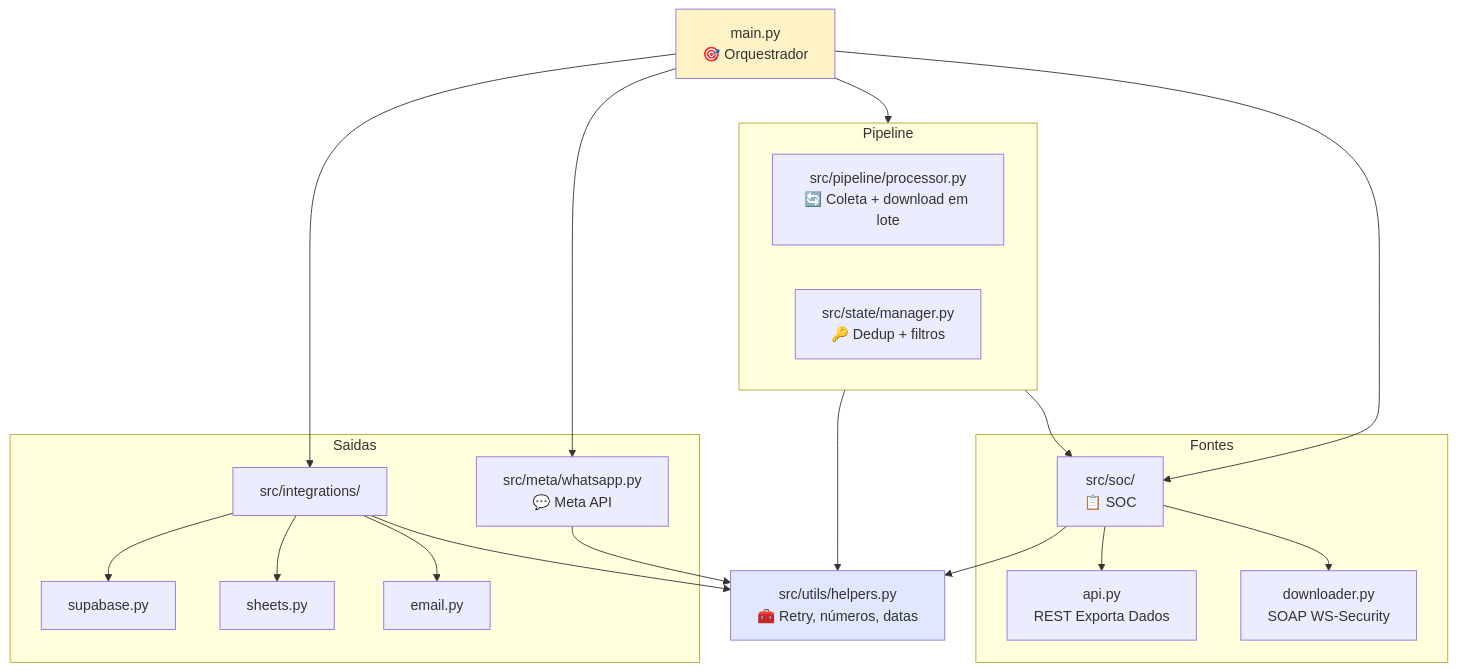
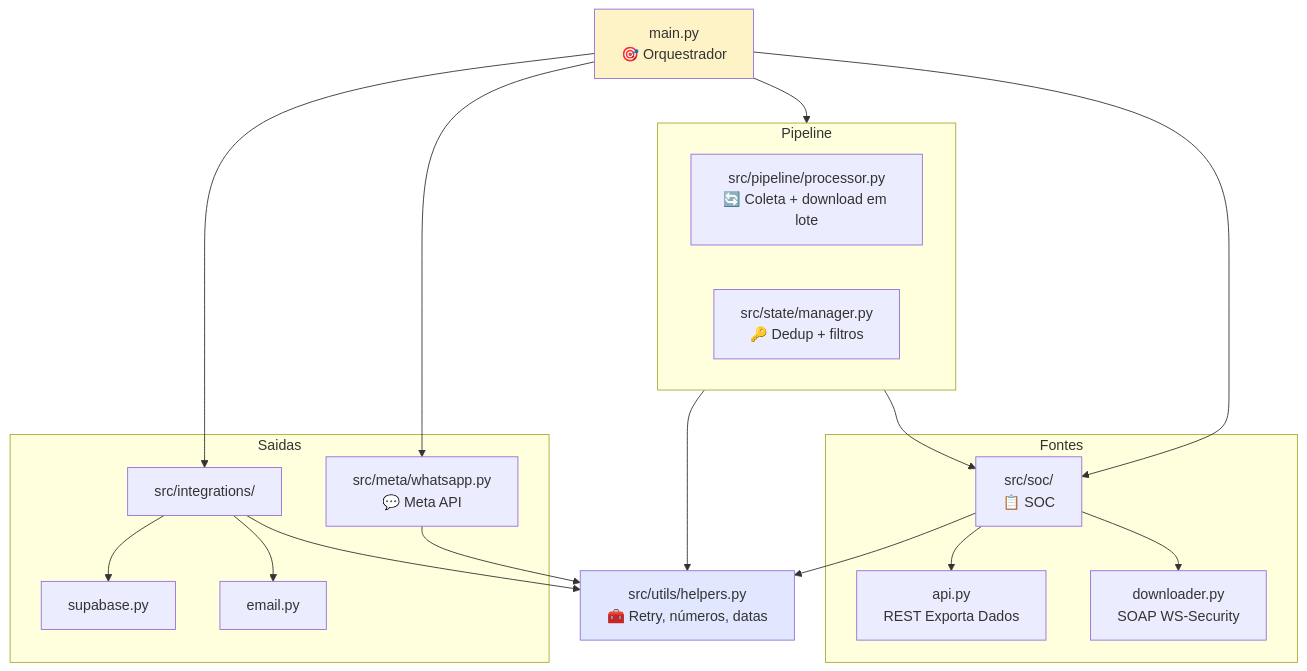
The fourth of 7 diagrams in ARCHITECTURE.md (safehelp-agentes/Mensageria_ASOs), drawn with Mermaid before and after one commit. The commit also changed other lines of this file and 5 other files, not shown here.

````diff
--- a/ARCHITECTURE.md
+++ b/ARCHITECTURE.md
@@ -147,43 +142,41 @@
 ```mermaid
 graph TB
     Main[main.py<br/>🎯 Orquestrador]
 
     subgraph Fontes
         SOC[src/soc/<br/>📋 SOC]
         SOC_API[api.py<br/>REST Exporta Dados]
         SOC_DL[downloader.py<br/>SOAP WS-Security]
         SOC --> SOC_API
         SOC --> SOC_DL
     end
 
     subgraph Pipeline
         Proc[src/pipeline/processor.py<br/>🔄 Coleta + download em lote]
         State[src/state/manager.py<br/>🔑 Dedup + filtros]
     end
 
     subgraph Saidas
         Meta[src/meta/whatsapp.py<br/>💬 Meta API]
         Int[src/integrations/]
         SBint[supabase.py]
-        Shint[sheets.py]
         Emint[email.py]
         Int --> SBint
-        Int --> Shint
         Int --> Emint
     end
 
     Utils[src/utils/helpers.py<br/>🧰 Retry, números, datas]
 
     Main --> SOC
     Main --> Pipeline
     Main --> Meta
     Main --> Int
     Pipeline --> SOC
     Meta --> Utils
     SOC --> Utils
     Pipeline --> Utils
     Int --> Utils
 
     style Main fill:#fef3c7
     style Utils fill:#e0e7ff
 ```
````
